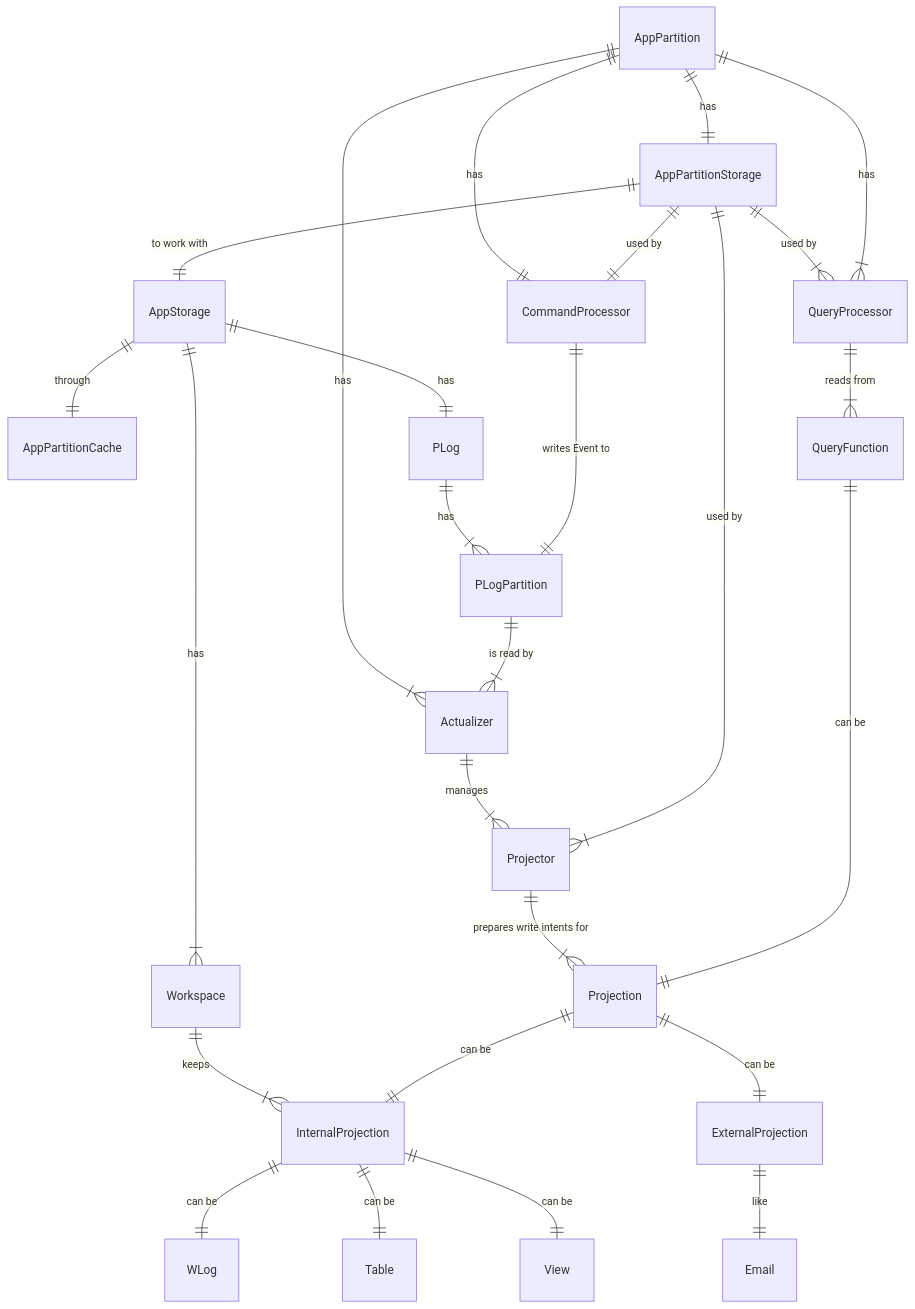
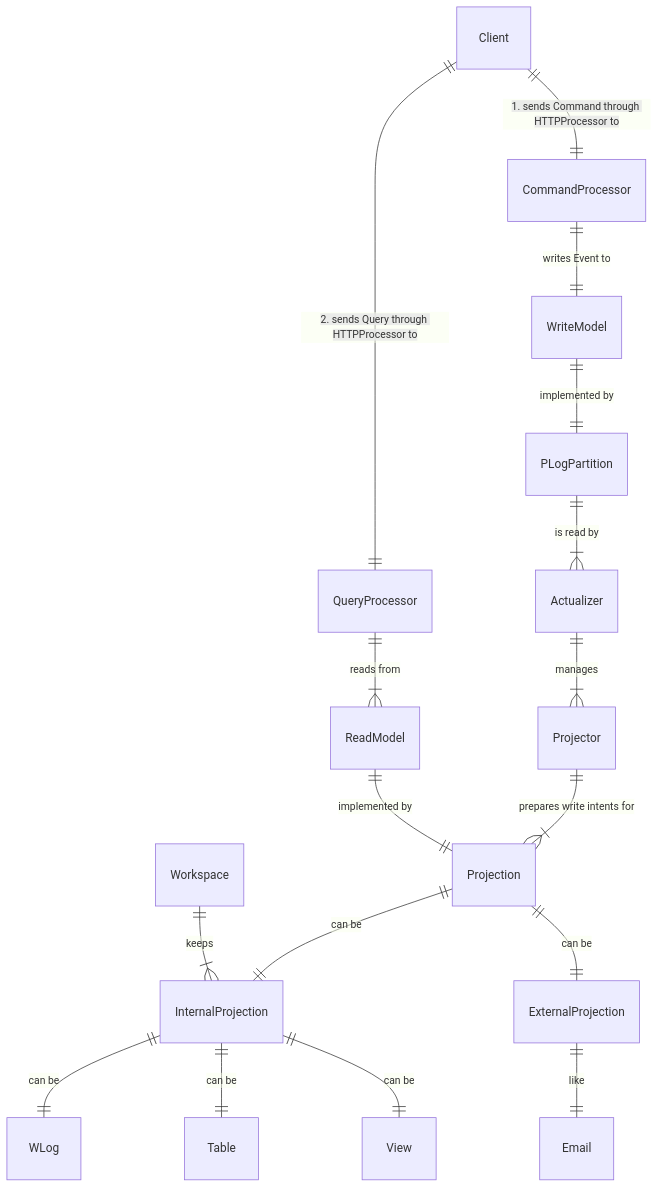
One commit to voedger/voedger changed the sixth of 15 diagrams in design/README.md. Above: the diagram before and after it, drawn with Mermaid. The commit also changed other lines of this file and 1 other file, not shown here.

````diff
--- a/design/README.md
+++ b/design/README.md
@@ -163,43 +232,24 @@
 ```mermaid
     erDiagram
+    Client ||--|| CommandProcessor : "1. sends Command through HTTPProcessor to"
+    Client ||--|| QueryProcessor : "2. sends Query through HTTPProcessor to"
+    CommandProcessor ||--|| WriteModel : "writes Event to"
+    WriteModel ||--|| PLogPartition : "implemented by"
+    Actualizer ||--|{ Projector : "manages"
+    PLogPartition ||--|{ Actualizer: "is read by"
+    Projector ||--|{ Projection: "prepares write intents for"
+    QueryProcessor ||--|{ ReadModel: "reads from"
+    ReadModel ||--|| Projection: "implemented by"
 
-    AppPartition ||--|| AppPartitionStorage : "has"
-    AppPartition ||--|| CommandProcessor : "has"
-    AppPartition ||--|{ Actualizer : "has"
-    Actualizer ||--|{ Projector : "manages"
-
-
-    AppPartitionStorage ||--|| AppStorage : "to work with"
-    AppStorage ||--|| AppPartitionCache : "through"
-
-
-    AppPartitionStorage ||--|{  QueryProcessor: "used by"
-    AppPartitionStorage ||--||  CommandProcessor: "used by"
-    AppPartitionStorage ||--|{  Projector: "used by"
-
-    AppPartition ||--|{ QueryProcessor : "has"
-
-    AppStorage ||--|{ Workspace: has
-    Workspace ||--|{ InternalProjection: "keeps"
-    AppStorage ||--|| PLog: has
-    PLog ||--|{ PLogPartition : has
-
-    PLogPartition ||--|{ Actualizer: "is read by"
-
-    Projector ||--|{ Projection: "prepares write intents for"
     Projection ||--|| InternalProjection: "can be"
     Projection ||--|| ExternalProjection: "can be"
 
     ExternalProjection ||--|| Email: like
 
 
     InternalProjection ||--|| WLog: "can be"
     InternalProjection ||--|| Table: "can be"
-    InternalProjection ||--|| View: "can be"
-
-
-    CommandProcessor ||--|| PLogPartition: "writes Event to"
-
-    QueryProcessor ||--|{ QueryFunction: "reads from"
-    QueryFunction ||--|| Projection: "can be"
+    InternalProjection ||--|| View: "can be"    
+    
+    Workspace ||--|{ InternalProjection: keeps    
 ```
````
